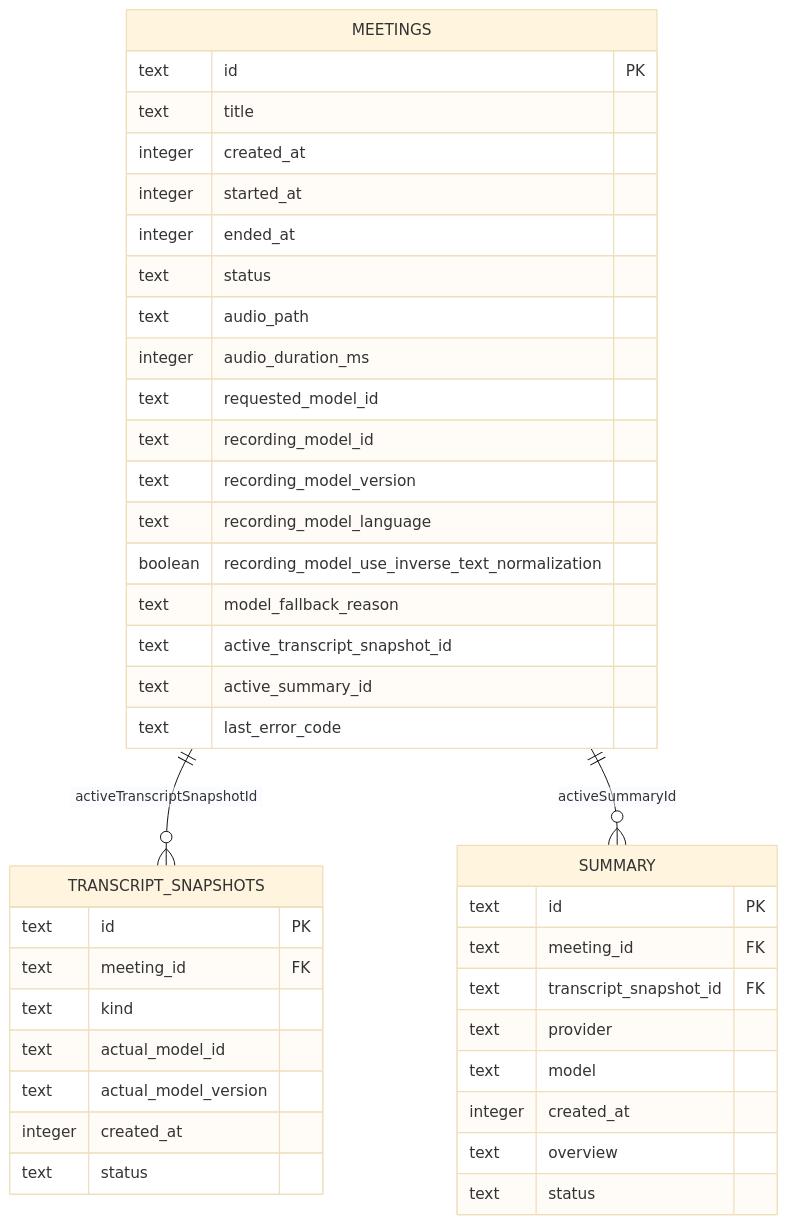
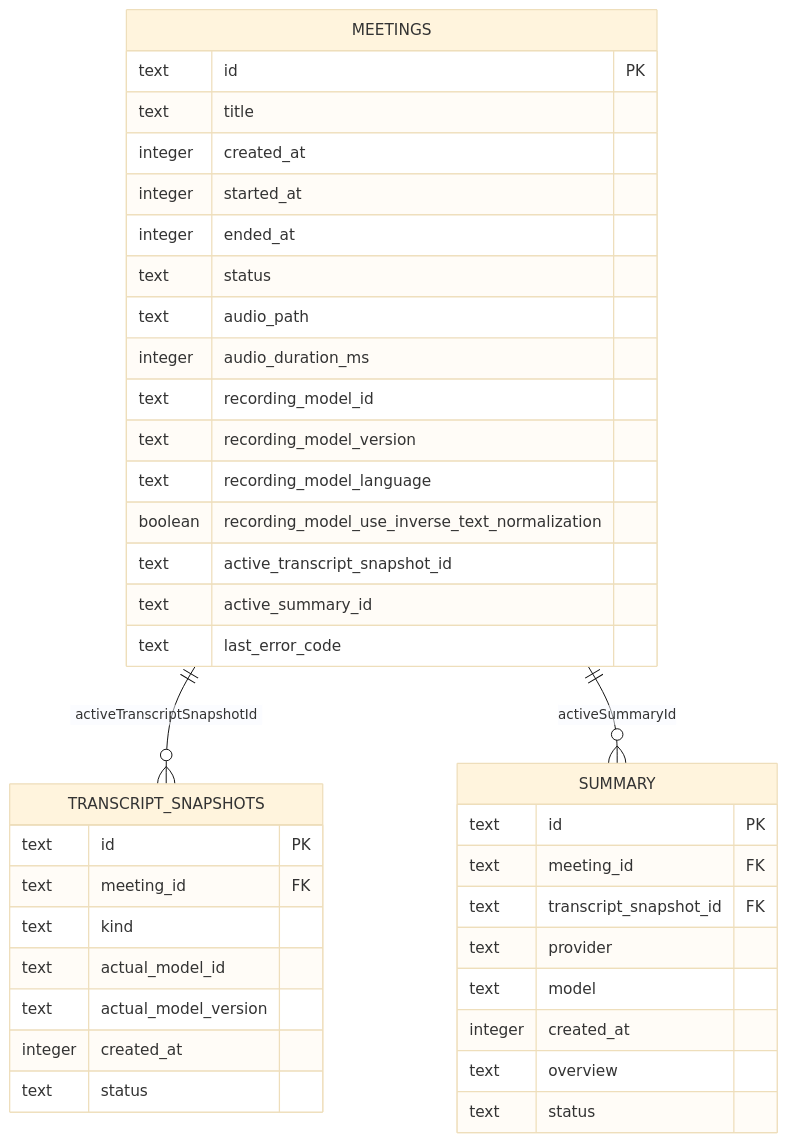
Before and after one commit to zhangheng2022/meet_trace: the sixth of 7 diagrams in .qoder/repowiki/zh/content/核心功能模块/会议管理系统.md, drawn with Mermaid (base theme). The commit also changed other lines of this file and 220 other files, not shown here.

````diff
--- a/.qoder/repowiki/zh/content/核心功能模块/会议管理系统.md
+++ b/.qoder/repowiki/zh/content/核心功能模块/会议管理系统.md
@@ -306,43 +313,41 @@
 ```mermaid
 erDiagram
 MEETINGS {
 text id PK
 text title
 integer created_at
 integer started_at
 integer ended_at
 text status
 text audio_path
 integer audio_duration_ms
-text requested_model_id
 text recording_model_id
 text recording_model_version
 text recording_model_language
 boolean recording_model_use_inverse_text_normalization
-text model_fallback_reason
 text active_transcript_snapshot_id
 text active_summary_id
 text last_error_code
 }
 TRANSCRIPT_SNAPSHOTS {
 text id PK
 text meeting_id FK
 text kind
 text actual_model_id
 text actual_model_version
 integer created_at
 text status
 }
 SUMMARY {
 text id PK
 text meeting_id FK
 text transcript_snapshot_id FK
 text provider
 text model
 integer created_at
 text overview
 text status
 }
 MEETINGS ||--o{ TRANSCRIPT_SNAPSHOTS : "activeTranscriptSnapshotId"
 MEETINGS ||--o{ SUMMARY : "activeSummaryId"
 ```
````
